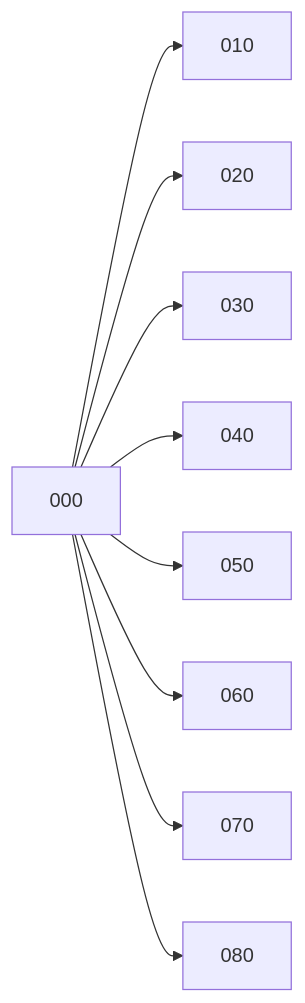
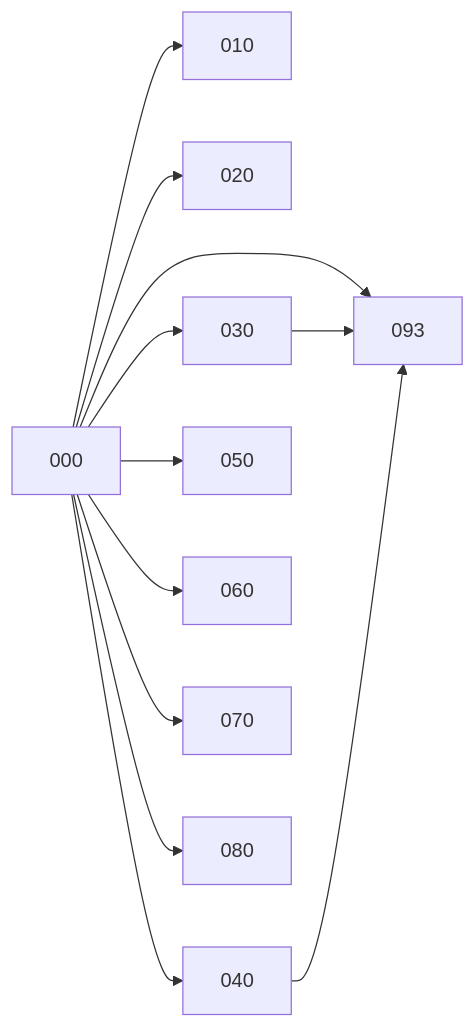
The diagram in UTS/README.md (AmedeoPelliccia/AmedeoPelliccia), drawn with Mermaid before and after one commit. The commit also changed other lines of this file and 11 other files, not shown here.

````diff
--- a/UTS/README.md
+++ b/UTS/README.md
@@ -212,11 +223,14 @@
 ```mermaid
 graph LR
   000 --> 010
   000 --> 020
   000 --> 030
   000 --> 040
   000 --> 050
   000 --> 060
   000 --> 070
   000 --> 080
+  000 --> 093
+  030 --> 093
+  040 --> 093
 ```
````
